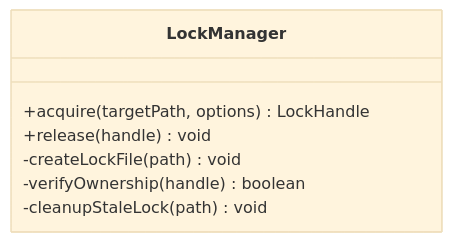
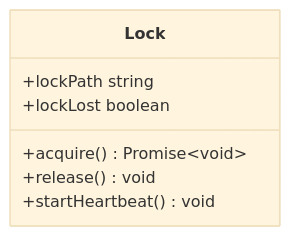
Before and after one commit to Kuldeep2822k/palee-architecture: the fourth of 6 diagrams in Storage System/Atomic Write System.md, drawn with Mermaid (base theme). The commit also changed other lines of this file and 7 other files, not shown here.

````diff
--- a/Storage System/Atomic Write System.md
+++ b/Storage System/Atomic Write System.md
@@ -260,10 +181,10 @@
 ```mermaid
 classDiagram
-    class LockManager {
-        +acquire(targetPath, options) LockHandle
-        +release(handle) void
-        -createLockFile(path) void
-        -verifyOwnership(handle) boolean
-        -cleanupStaleLock(path) void
+    class Lock {
+        +lockPath string
+        +lockLost boolean
+        +acquire() Promise~void~
+        +release() void
+        +startHeartbeat() void
     }
 ```
````
